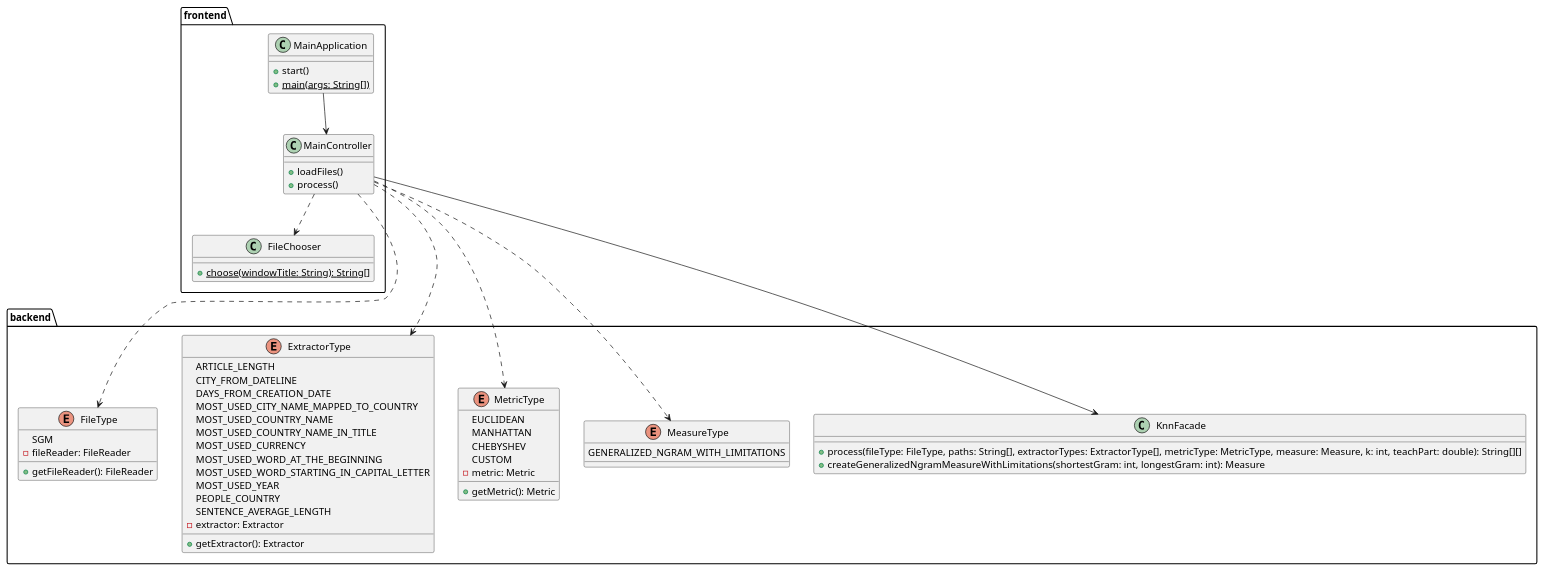
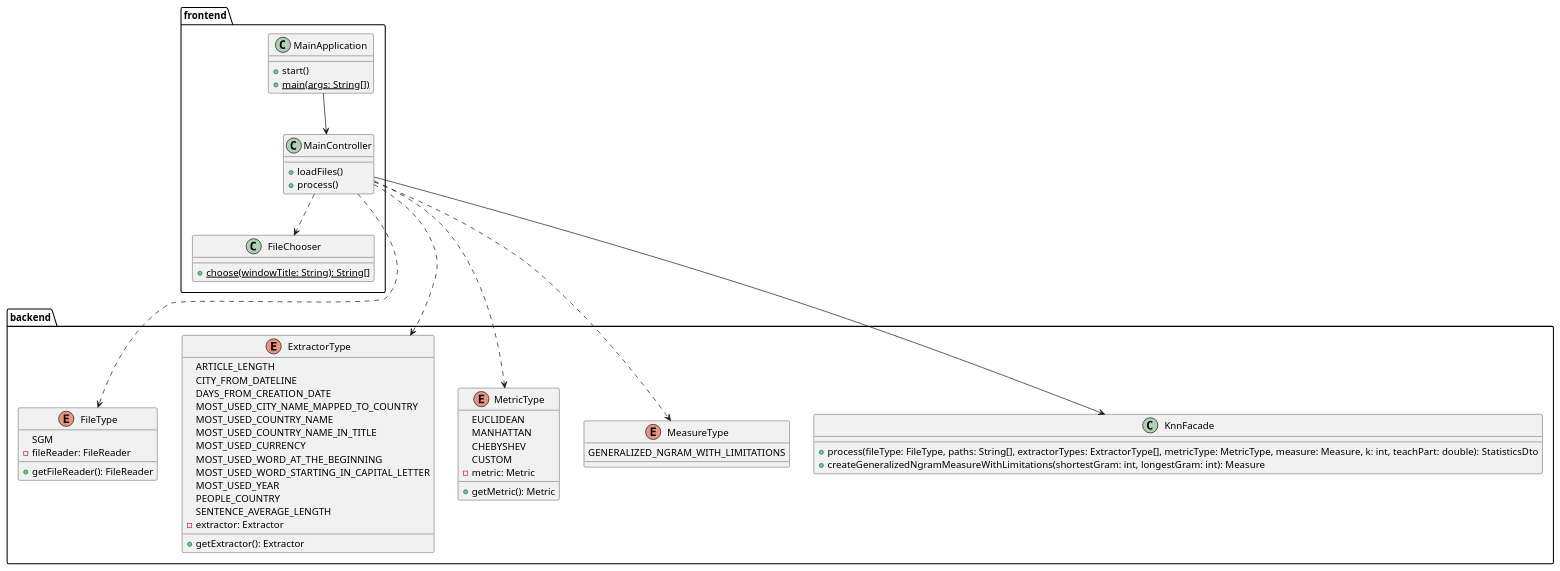
The second of 10 diagrams in README.md (kambed/Computer-Recognition-Systems), drawn with PlantUML before and after one commit. The commit also changed other lines of this file and 6 other files, not shown here.

````diff
--- a/README.md
+++ b/README.md
@@ -29,60 +29,60 @@
 ```plantuml
 package frontend {
     class MainApplication {
         + start()
         + {static} main(args: String[])
     }
     class MainController {
         + loadFiles()
         + process()
     }
     class FileChooser {
         + {static} choose(windowTitle: String): String[]
     }
     MainController ..> FileChooser
     MainApplication --> MainController
 }
 package backend {
     enum FileType {
         SGM
         - fileReader: FileReader
         + getFileReader(): FileReader
     }
     enum ExtractorType {
         ARTICLE_LENGTH
         CITY_FROM_DATELINE
         DAYS_FROM_CREATION_DATE
         MOST_USED_CITY_NAME_MAPPED_TO_COUNTRY
         MOST_USED_COUNTRY_NAME
         MOST_USED_COUNTRY_NAME_IN_TITLE
         MOST_USED_CURRENCY
         MOST_USED_WORD_AT_THE_BEGINNING
         MOST_USED_WORD_STARTING_IN_CAPITAL_LETTER
         MOST_USED_YEAR
         PEOPLE_COUNTRY
         SENTENCE_AVERAGE_LENGTH
         - extractor: Extractor
         + getExtractor(): Extractor
     }
     enum MetricType {
         EUCLIDEAN
         MANHATTAN
         CHEBYSHEV
         CUSTOM
         - metric: Metric
         + getMetric(): Metric
     }
     enum MeasureType {
         GENERALIZED_NGRAM_WITH_LIMITATIONS
     }
     class KnnFacade {
-        + process(fileType: FileType, paths: String[], extractorTypes: ExtractorType[], metricType: MetricType, measure: Measure, k: int, teachPart: double): String[][]
+        + process(fileType: FileType, paths: String[], extractorTypes: ExtractorType[], metricType: MetricType, measure: Measure, k: int, teachPart: double): StatisticsDto
         + createGeneralizedNgramMeasureWithLimitations(shortestGram: int, longestGram: int): Measure
     }
 }
 MainController ---> KnnFacade
 MainController ..> FileType
 MainController ..> MetricType
 MainController ..> MeasureType
 MainController ..> ExtractorType
 ```
````
